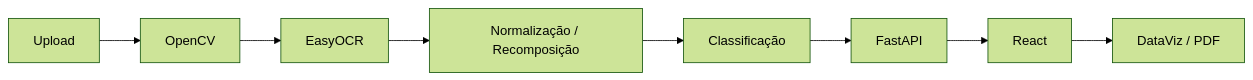
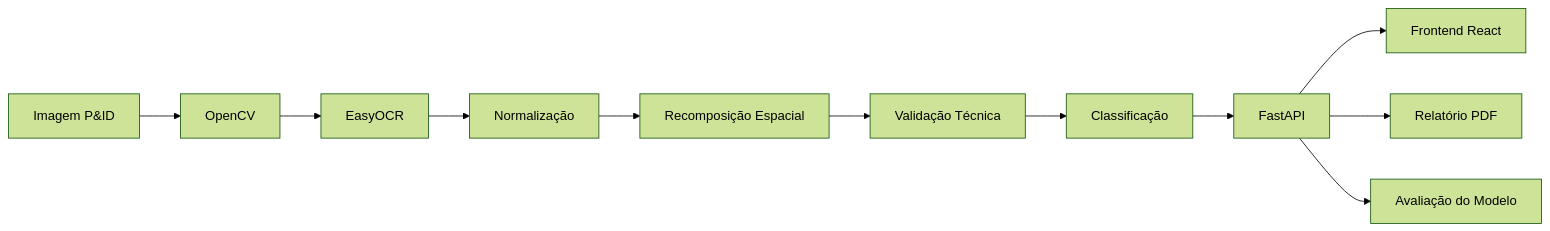
One commit to Wani-Brito/Hackathon changed the diagram in README.md. Above: the diagram before and after it, drawn with Mermaid (forest theme). The commit also changed other lines of this file, not shown here.

````diff
--- a/README.md
+++ b/README.md
@@ -44,10 +44,13 @@
 ```mermaid
 flowchart LR
-    A[Upload] --> B[OpenCV]
+    A[Imagem P&ID] --> B[OpenCV]
     B --> C[EasyOCR]
-    C --> D[Normalização / Recomposição]
-    D --> E[Classificação]
-    E --> F[FastAPI]
-    F --> G[React]
-    G --> H[DataViz / PDF]
+    C --> D[Normalização]
+    D --> E[Recomposição Espacial]
+    E --> F[Validação Técnica]
+    F --> G[Classificação]
+    G --> H[FastAPI]
+    H --> I[Frontend React]
+    H --> J[Relatório PDF]
+    H --> K[Avaliação do Modelo]
 ```
````
